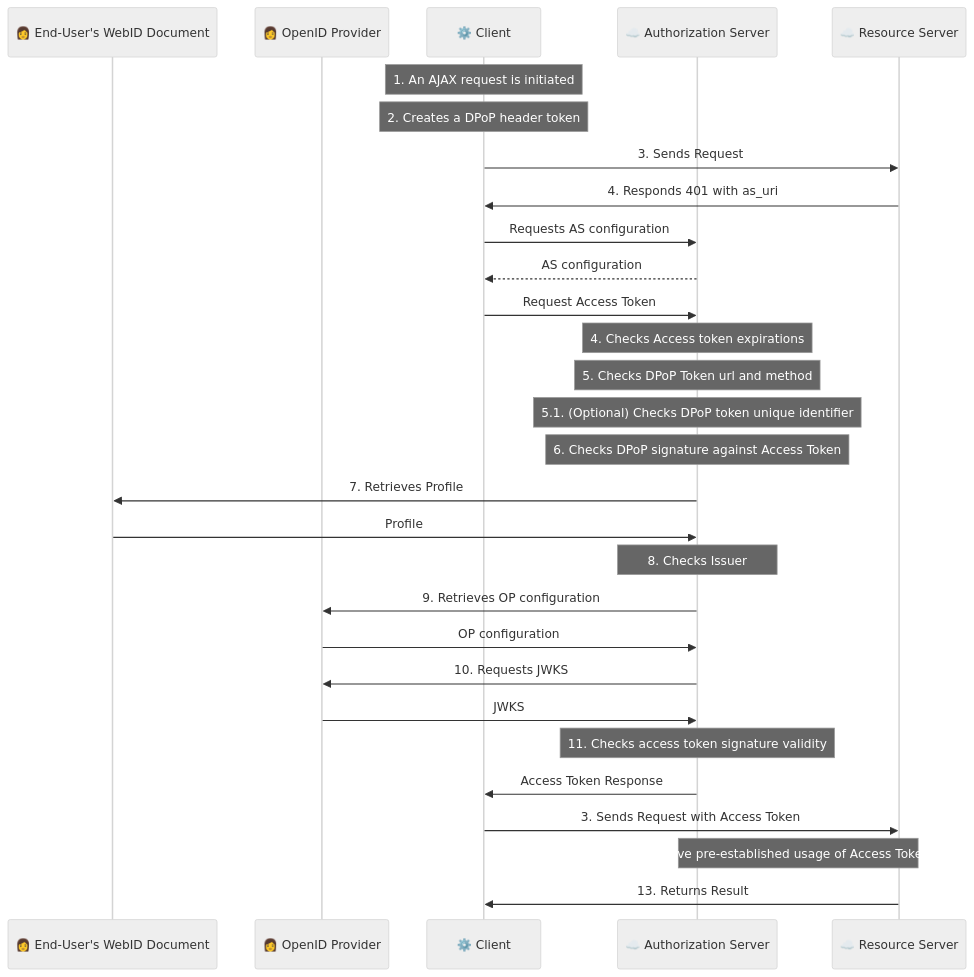
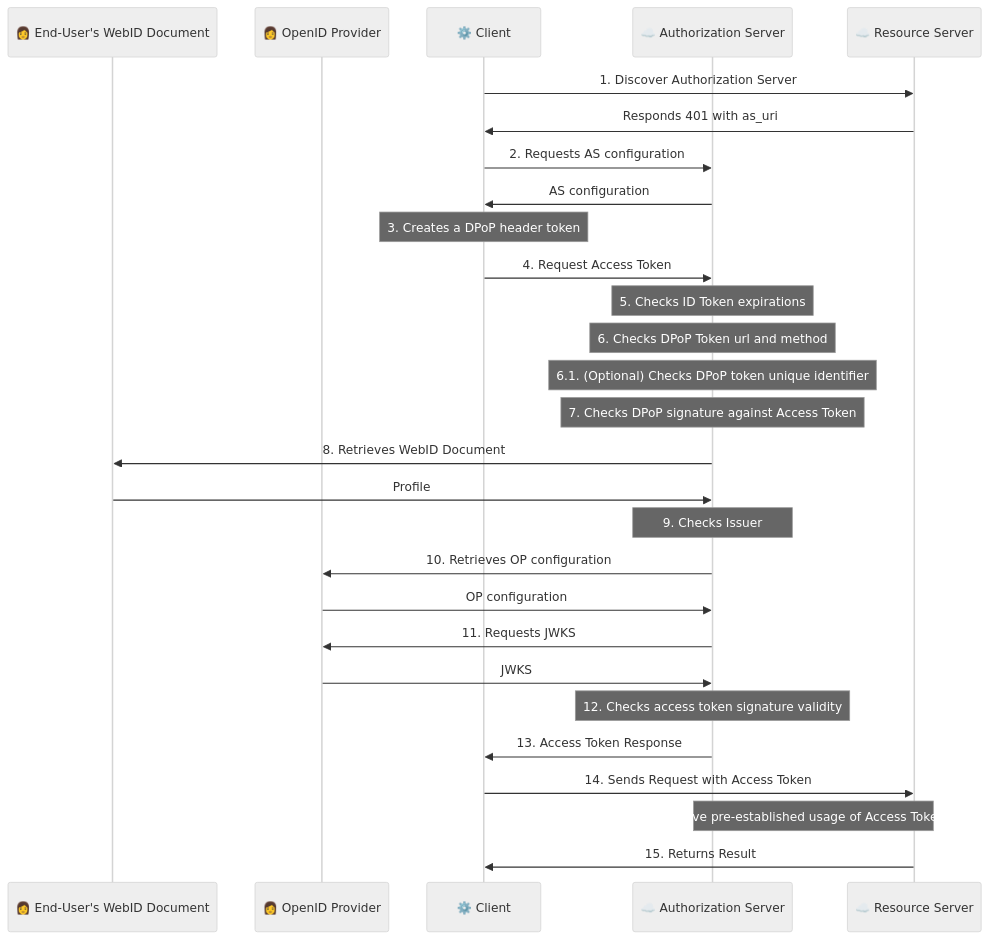
The diagram in primer/primer-request.mmd (solid/solid-oidc), drawn with Mermaid (neutral theme) before and after one commit. The commit also changed 2 other files, not shown here.

Commit message:
adjust sequence numbering in the primer

```diff
--- a/primer/primer-request.mmd
+++ b/primer/primer-request.mmd
@@ -1,29 +1,28 @@
 sequenceDiagram
   participant WebID as 👩 End-User's WebID Document
   participant OP as 👩 OpenID Provider
   participant Client as ⚙️ Client
   participant AS as ☁️ Authorization Server
   participant RS as ☁️ Resource Server
-  note over Client: 1. An AJAX request is initiated
-  note over Client: 2. Creates a DPoP header token
-  Client->>RS: 3. Sends Request
-  RS->>Client: 4. Responds 401 with as_uri
-  Client->>AS: Requests AS configuration
-  AS-->>Client: AS configuration
-  Client->>AS: Request Access Token
-  note over AS: 4. Checks Access token expirations
-  note over AS: 5. Checks DPoP Token url and method
-  note over AS: 5.1. (Optional) Checks DPoP token unique identifier
-  note over AS: 6. Checks DPoP signature against Access Token
-  AS->>WebID: 7. Retrieves Profile
+  Client->>RS: 1. Discover Authorization Server
+  RS->>Client: Responds 401 with as_uri
+  Client->>AS: 2. Requests AS configuration
+  AS->>Client: AS configuration
+  note over Client: 3. Creates a DPoP header token
+  Client->>AS: 4. Request Access Token
+  note over AS: 5. Checks ID Token expirations
+  note over AS: 6. Checks DPoP Token url and method
+  note over AS: 6.1. (Optional) Checks DPoP token unique identifier
+  note over AS: 7. Checks DPoP signature against Access Token
+  AS->>WebID: 8. Retrieves WebID Document
   WebID->>AS: Profile
-  note over AS: 8. Checks Issuer
-  AS->>OP: 9. Retrieves OP configuration
+  note over AS: 9. Checks Issuer
+  AS->>OP: 10. Retrieves OP configuration
   OP->>AS: OP configuration
-  AS->>OP: 10. Requests JWKS
+  AS->>OP: 11. Requests JWKS
   OP->>AS: JWKS
-  note over AS: 11. Checks access token signature validity
-  AS->>Client: Access Token Response
-  Client->>RS: 3. Sends Request with Access Token
+  note over AS: 12. Checks access token signature validity
+  AS->>Client: 13. Access Token Response
+  Client->>RS: 14. Sends Request with Access Token
   note over AS, RS: Have pre-established usage of Access Tokens
-  RS->>Client: 13. Returns Result
+  RS->>Client: 15. Returns Result
```
